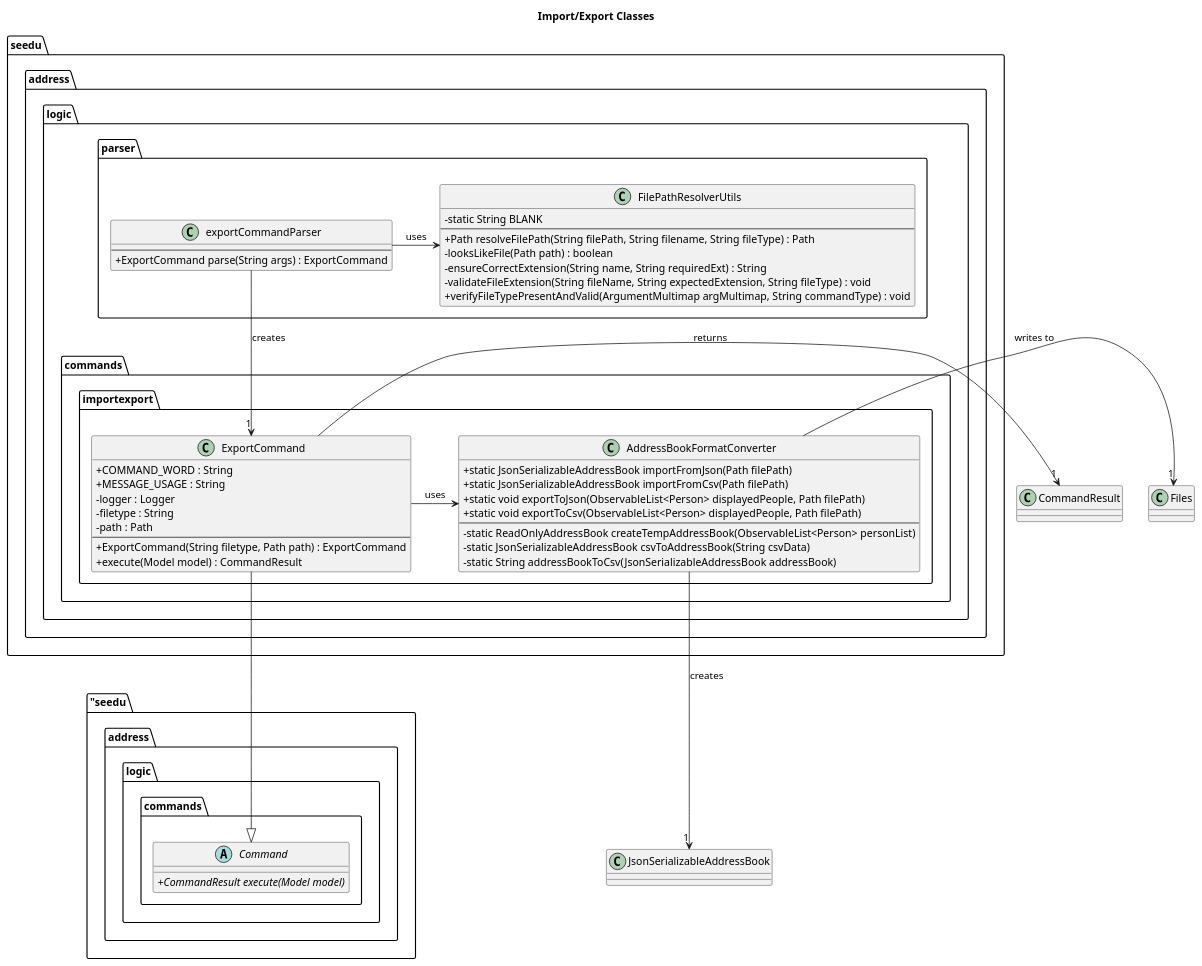
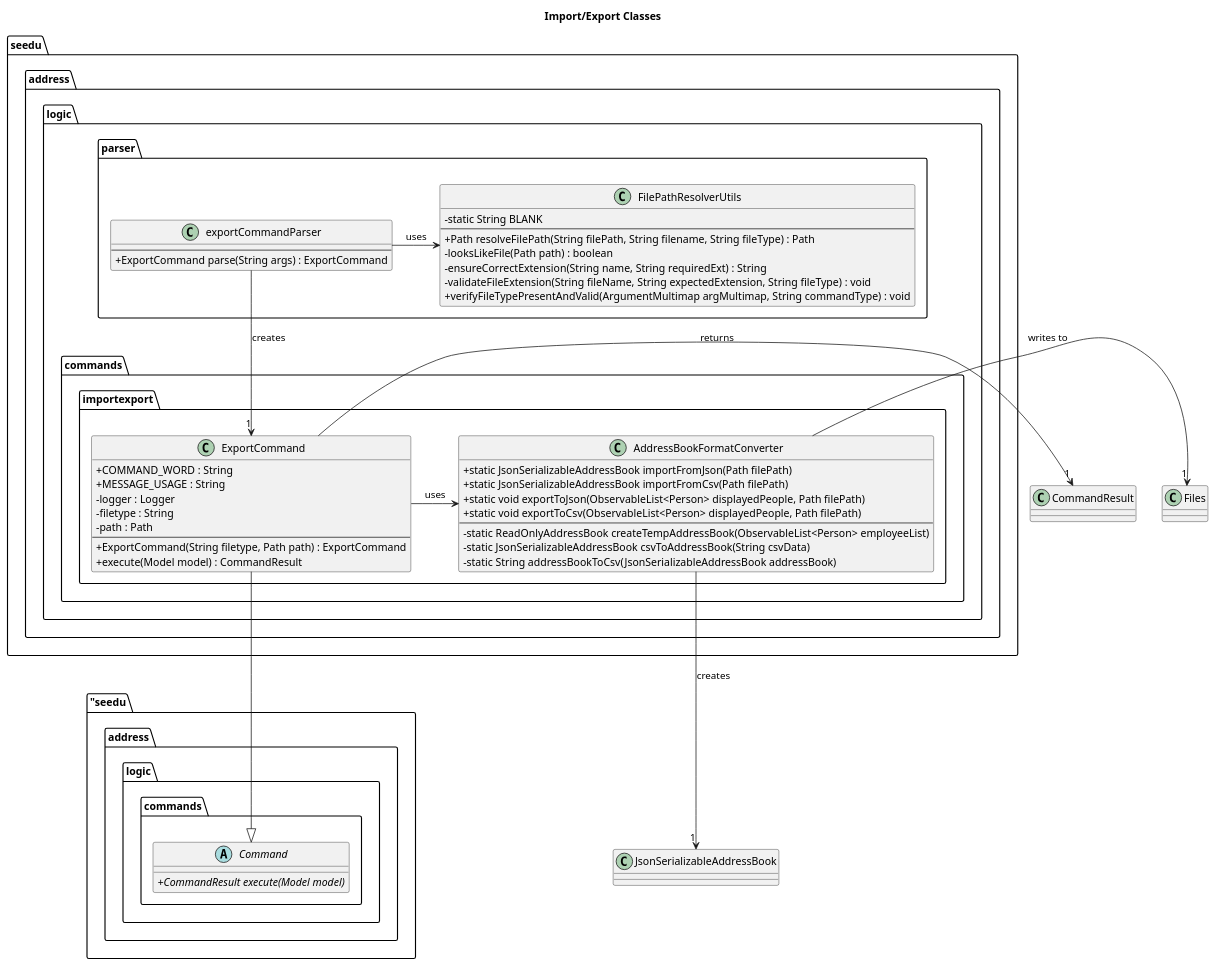
Before and after one commit to kimseunghyun-kr/tp: the diagram in docs/diagrams/ExportDiagram.puml, drawn with PlantUML. The commit also changed 91 other files, not shown here.

Commit message:
Refactor Person to Employee

```diff
--- a/docs/diagrams/ExportDiagram.puml
+++ b/docs/diagrams/ExportDiagram.puml
@@ -1,63 +1,63 @@
 @startuml
 title Import/Export Classes
 skinparam packageTitleFontStyle Bold
 skinparam classAttributeIconSize 0
 
 package "seedu.address.logic.parser" {
     class exportCommandParser {
         --
         + ExportCommand parse(String args) : ExportCommand
     }
 }
 
 package "seedu.address.logic.commands {
     abstract class Command {
     + CommandResult execute(Model model) {abstract}
     }
 }
 
 package "seedu.address.logic.parser" {
     class FilePathResolverUtils {
         - static String BLANK
         --
         + Path resolveFilePath(String filePath, String filename, String fileType) : Path
         - looksLikeFile(Path path) : boolean
         - ensureCorrectExtension(String name, String requiredExt) : String
         - validateFileExtension(String fileName, String expectedExtension, String fileType) : void
         + verifyFileTypePresentAndValid(ArgumentMultimap argMultimap, String commandType) : void
     }
 }
 
 package "seedu.address.logic.commands.importexport" {
     class ExportCommand {
         + COMMAND_WORD : String
         + MESSAGE_USAGE : String
         - logger : Logger
         - filetype : String
         - path : Path
         --
         + ExportCommand(String filetype, Path path) : ExportCommand
         + execute(Model model) : CommandResult
     }
 
     class AddressBookFormatConverter {
             + static JsonSerializableAddressBook importFromJson(Path filePath)
             + static JsonSerializableAddressBook importFromCsv(Path filePath)
             + static void exportToJson(ObservableList<Person> displayedPeople, Path filePath)
             + static void exportToCsv(ObservableList<Person> displayedPeople, Path filePath)
             --
-            - static ReadOnlyAddressBook createTempAddressBook(ObservableList<Person> personList)
+            - static ReadOnlyAddressBook createTempAddressBook(ObservableList<Person> employeeList)
             - static JsonSerializableAddressBook csvToAddressBook(String csvData)
             - static String addressBookToCsv(JsonSerializableAddressBook addressBook)
     }
 }
 
 ExportCommand --|> Command
 exportCommandParser --> "1" ExportCommand : creates
 exportCommandParser -> FilePathResolverUtils : uses
 ExportCommand -> AddressBookFormatConverter : uses
 ExportCommand -> "1" CommandResult : returns
 AddressBookFormatConverter -> "1" Files : writes to
 AddressBookFormatConverter --> "1" JsonSerializableAddressBook : creates
 
 @enduml
```
